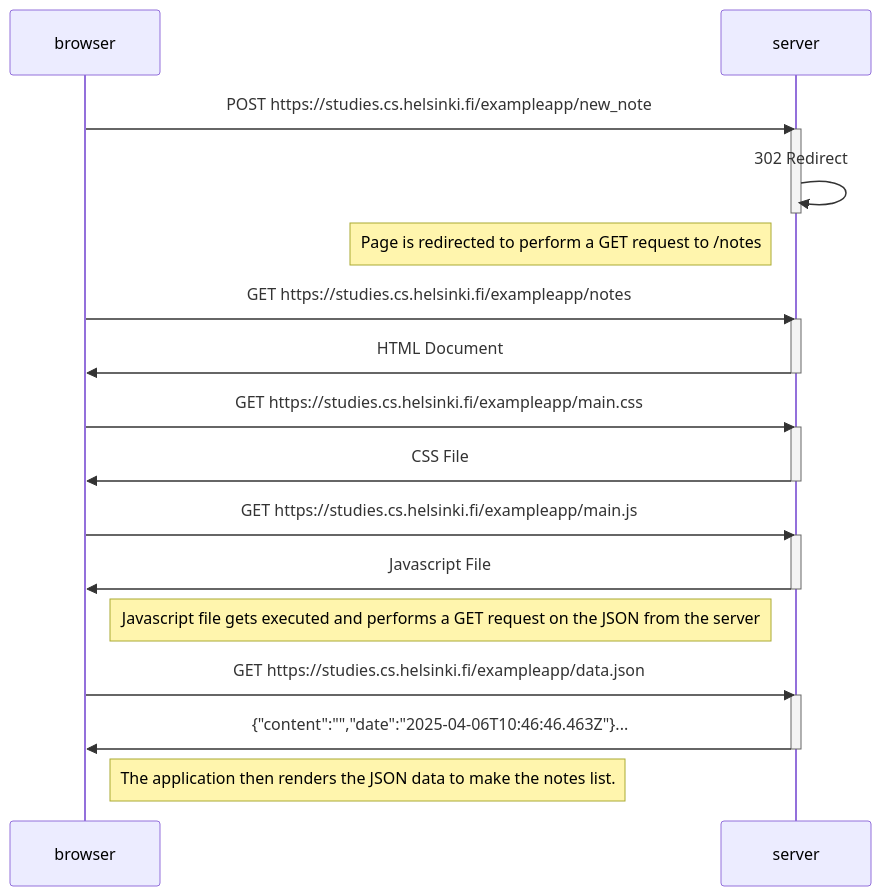
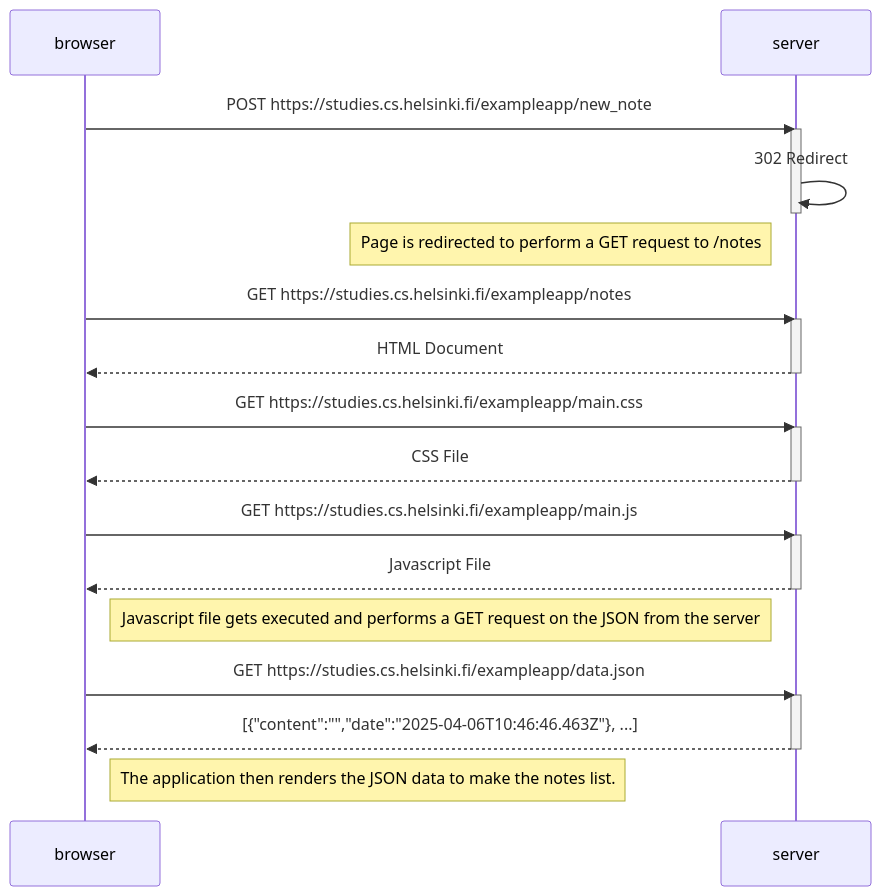
Before and after one commit to Repositoir/full-stack-mooc: the diagram in part0/ex0.4.md, drawn with Mermaid.

Commit message:
Add dotted lines exercise 0.4

````diff
--- a/part0/ex0.4.md
+++ b/part0/ex0.4.md
@@ -5,36 +5,36 @@
 ```mermaid
 sequenceDiagram
     participant browser
     participant server
 
     browser->>server: POST https://studies.cs.helsinki.fi/exampleapp/new_note 
     activate server
     server->>server: 302 Redirect
     deactivate server
 
     Note left of server: Page is redirected to perform a GET request to /notes
 
     browser->>server: GET https://studies.cs.helsinki.fi/exampleapp/notes
     activate server
-    server->>browser: HTML Document
+    server-->>browser: HTML Document
     deactivate server
 
     browser->>server: GET https://studies.cs.helsinki.fi/exampleapp/main.css
     activate server
-    server->>browser: CSS File
+    server-->>browser: CSS File
     deactivate server
 
     browser->>server: GET https://studies.cs.helsinki.fi/exampleapp/main.js
     activate server
-    server->>browser: Javascript File
+    server-->>browser: Javascript File
     deactivate server
 
     Note right of browser: Javascript file gets executed and performs a GET request on the JSON from the server
 
     browser->>server: GET https://studies.cs.helsinki.fi/exampleapp/data.json
     activate server
-    server->>browser: {"content":"","date":"2025-04-06T10:46:46.463Z"}...
+    server-->>browser: [{"content":"","date":"2025-04-06T10:46:46.463Z"}, ...]
     deactivate server
 
     Note right of browser: The application then renders the JSON data to make the notes list.
 ```
````
